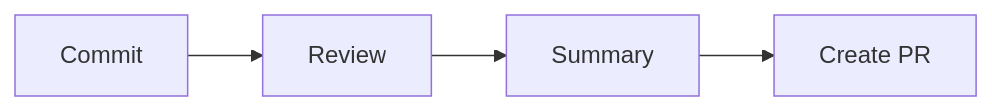
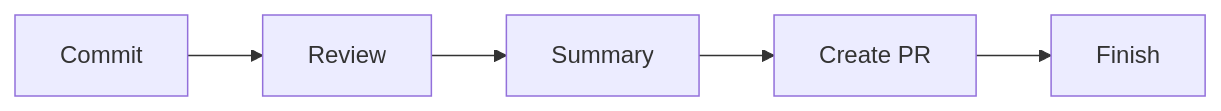
One commit to adeonir/agent-skills changed the diagram in skills/(tooling)/git-helpers/README.md. Above: the diagram before and after it, drawn with Mermaid. The commit also changed other lines of this file and 48 other files, not shown here.

````diff
--- a/skills/(tooling)/git-helpers/README.md
+++ b/skills/(tooling)/git-helpers/README.md
@@ -15,6 +15,7 @@
 ```mermaid
 flowchart LR
     A[Commit] --> B[Review]
     B --> C[Summary]
     C --> D[Create PR]
+    D --> E[Finish]
 ```
````
